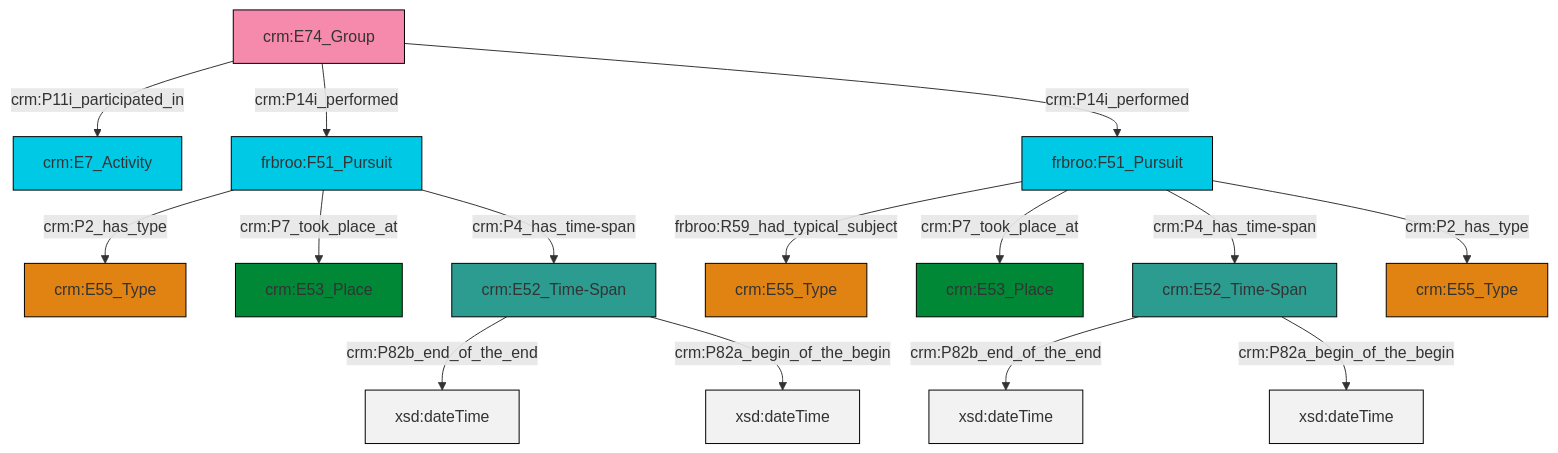
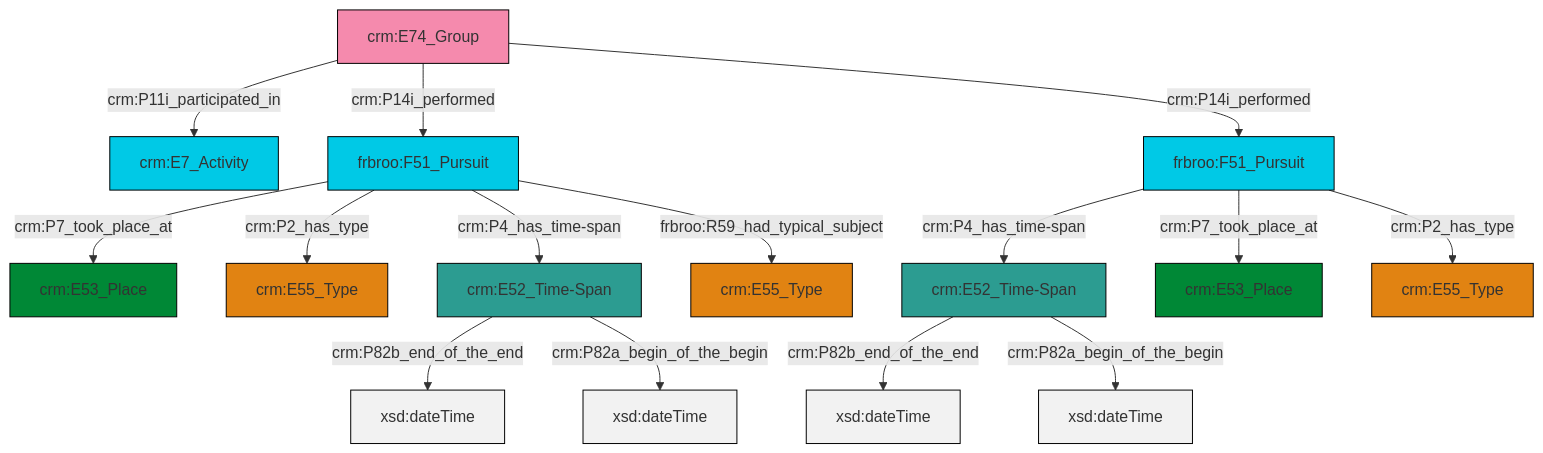
Before and after one commit to swiss-art-research-net/reference-data-models: the diagram in et/groupCSV/ttl/mmd/group_events.ttl.mmd, drawn with Mermaid. The commit also changed 124 other files, not shown here.

```diff
--- a/et/groupCSV/ttl/mmd/group_events.ttl.mmd
+++ b/et/groupCSV/ttl/mmd/group_events.ttl.mmd
@@ -1,29 +1,29 @@
 graph TD
 classDef Literal fill:#f2f2f2,stroke:#000000;
 classDef CRM_Entity fill:#FFFFFF,stroke:#000000;
 classDef Temporal_Entity fill:#00C9E6, stroke:#000000;
 classDef Type fill:#E18312, stroke:#000000;
 classDef Time-Span fill:#2C9C91, stroke:#000000;
 classDef Appellation fill:#FFEB7F, stroke:#000000;
 classDef Place fill:#008836, stroke:#000000;
 classDef Persistent_Item fill:#B266B2, stroke:#000000;
 classDef Conceptual_Object fill:#FFD700, stroke:#000000;
 classDef Physical_Thing fill:#D2B48C, stroke:#000000;
 classDef Actor fill:#f58aad, stroke:#000000;
 classDef PC_Classes fill:#4ce600, stroke:#000000;
 classDef Multi fill:#cccccc,stroke:#000000;
 
-2["frbroo:F51_Pursuit"]:::Temporal_Entity -->|crm:P2_has_type| 3["crm:E55_Type"]:::Type
-2["frbroo:F51_Pursuit"]:::Temporal_Entity -->|crm:P7_took_place_at| 4["crm:E53_Place"]:::Place
-9["crm:E74_Group"]:::Actor -->|crm:P11i_participated_in| 6["crm:E7_Activity"]:::Temporal_Entity
-10["crm:E52_Time-Span"]:::Time-Span -->|crm:P82b_end_of_the_end| 11[xsd:dateTime]:::Literal
-13["crm:E52_Time-Span"]:::Time-Span -->|crm:P82b_end_of_the_end| 14[xsd:dateTime]:::Literal
-13["crm:E52_Time-Span"]:::Time-Span -->|crm:P82a_begin_of_the_begin| 17[xsd:dateTime]:::Literal
-2["frbroo:F51_Pursuit"]:::Temporal_Entity -->|crm:P4_has_time-span| 13["crm:E52_Time-Span"]:::Time-Span
-9["crm:E74_Group"]:::Actor -->|crm:P14i_performed| 2["frbroo:F51_Pursuit"]:::Temporal_Entity
-18["frbroo:F51_Pursuit"]:::Temporal_Entity -->|frbroo:R59_had_typical_subject| 19["crm:E55_Type"]:::Type
-18["frbroo:F51_Pursuit"]:::Temporal_Entity -->|crm:P7_took_place_at| 15["crm:E53_Place"]:::Place
-10["crm:E52_Time-Span"]:::Time-Span -->|crm:P82a_begin_of_the_begin| 22[xsd:dateTime]:::Literal
-9["crm:E74_Group"]:::Actor -->|crm:P14i_performed| 18["frbroo:F51_Pursuit"]:::Temporal_Entity
-18["frbroo:F51_Pursuit"]:::Temporal_Entity -->|crm:P4_has_time-span| 10["crm:E52_Time-Span"]:::Time-Span
-18["frbroo:F51_Pursuit"]:::Temporal_Entity -->|crm:P2_has_type| 0["crm:E55_Type"]:::Type
+2["crm:E52_Time-Span"]:::Time-Span -->|crm:P82b_end_of_the_end| 3[xsd:dateTime]:::Literal
+4["frbroo:F51_Pursuit"]:::Temporal_Entity -->|crm:P4_has_time-span| 5["crm:E52_Time-Span"]:::Time-Span
+9["crm:E74_Group"]:::Actor -->|crm:P11i_participated_in| 7["crm:E7_Activity"]:::Temporal_Entity
+10["frbroo:F51_Pursuit"]:::Temporal_Entity -->|crm:P7_took_place_at| 11["crm:E53_Place"]:::Place
+2["crm:E52_Time-Span"]:::Time-Span -->|crm:P82a_begin_of_the_begin| 20[xsd:dateTime]:::Literal
+4["frbroo:F51_Pursuit"]:::Temporal_Entity -->|crm:P7_took_place_at| 0["crm:E53_Place"]:::Place
+4["frbroo:F51_Pursuit"]:::Temporal_Entity -->|crm:P2_has_type| 17["crm:E55_Type"]:::Type
+10["frbroo:F51_Pursuit"]:::Temporal_Entity -->|crm:P2_has_type| 12["crm:E55_Type"]:::Type
+9["crm:E74_Group"]:::Actor -->|crm:P14i_performed| 10["frbroo:F51_Pursuit"]:::Temporal_Entity
+10["frbroo:F51_Pursuit"]:::Temporal_Entity -->|crm:P4_has_time-span| 2["crm:E52_Time-Span"]:::Time-Span
+9["crm:E74_Group"]:::Actor -->|crm:P14i_performed| 4["frbroo:F51_Pursuit"]:::Temporal_Entity
+5["crm:E52_Time-Span"]:::Time-Span -->|crm:P82b_end_of_the_end| 26[xsd:dateTime]:::Literal
+5["crm:E52_Time-Span"]:::Time-Span -->|crm:P82a_begin_of_the_begin| 27[xsd:dateTime]:::Literal
+10["frbroo:F51_Pursuit"]:::Temporal_Entity -->|frbroo:R59_had_typical_subject| 15["crm:E55_Type"]:::Type
```
